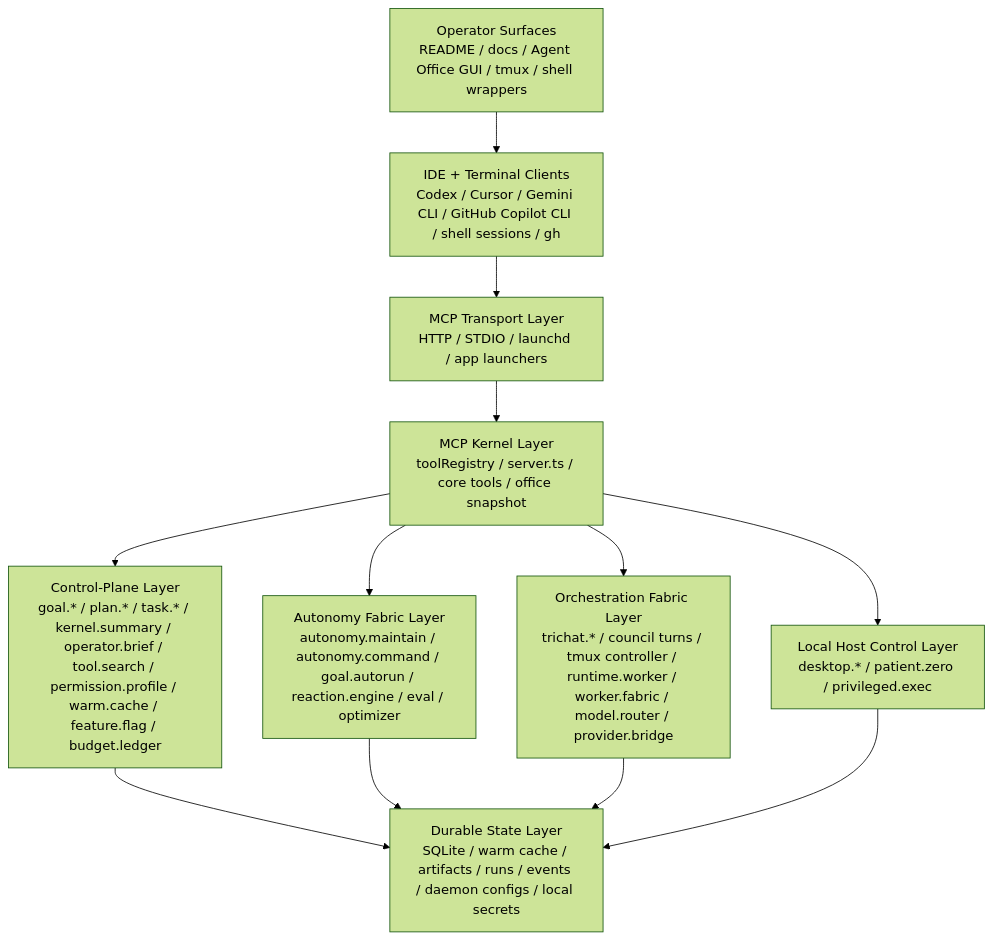
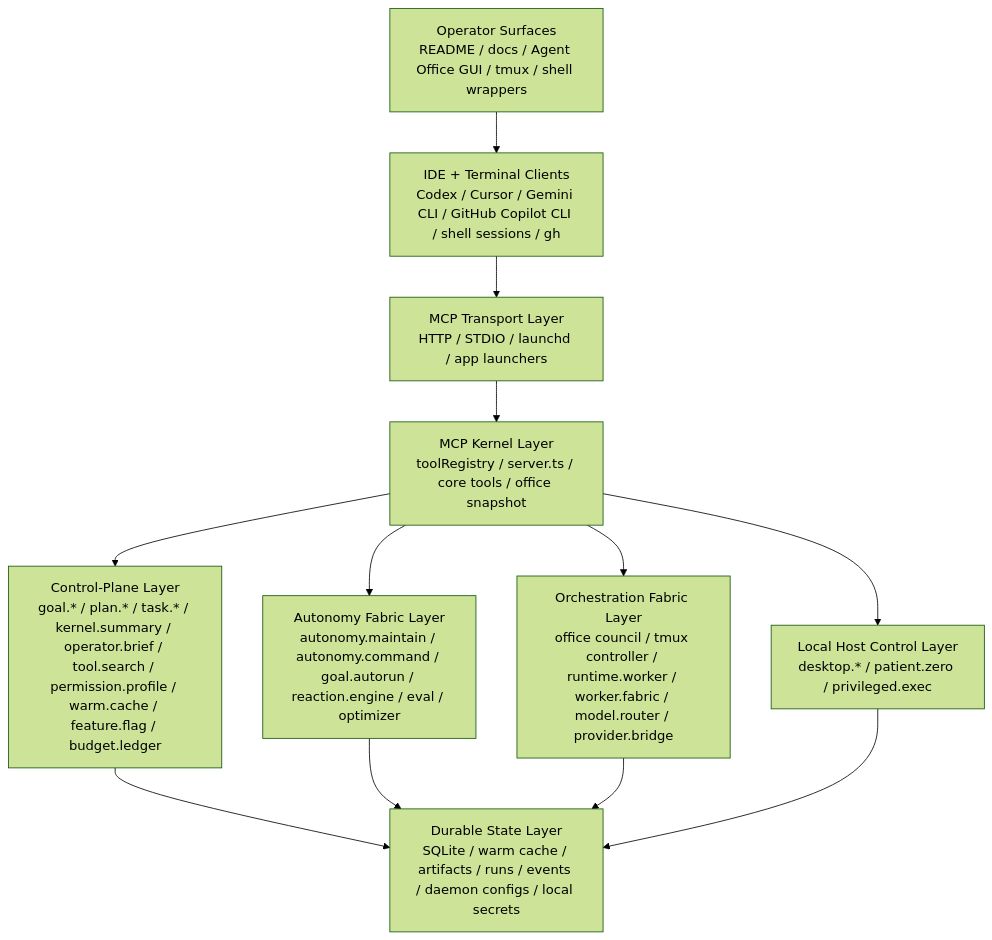
Before and after one commit to driverd12/MASTER-MOLD: the first of 7 diagrams in README.md, drawn with Mermaid (forest theme). The commit also changed other lines of this file, not shown here.

````diff
--- a/README.md
+++ b/README.md
@@ -41,14 +53,14 @@
 ```mermaid
 flowchart TD
   Operator["Operator Surfaces<br/>README / docs / Agent Office GUI / tmux / shell wrappers"] --> Clients["IDE + Terminal Clients<br/>Codex / Cursor / Gemini CLI / GitHub Copilot CLI / shell sessions / gh"]
   Clients --> Transport["MCP Transport Layer<br/>HTTP / STDIO / launchd / app launchers"]
   Transport --> Kernel["MCP Kernel Layer<br/>toolRegistry / server.ts / core tools / office snapshot"]
   Kernel --> Control["Control-Plane Layer<br/>goal.* / plan.* / task.* / kernel.summary / operator.brief / tool.search / permission.profile / warm.cache / feature.flag / budget.ledger"]
   Kernel --> Autonomy["Autonomy Fabric Layer<br/>autonomy.maintain / autonomy.command / goal.autorun / reaction.engine / eval / optimizer"]
-  Kernel --> Orchestration["Orchestration Fabric Layer<br/>trichat.* / council turns / tmux controller / runtime.worker / worker.fabric / model.router / provider.bridge"]
+  Kernel --> Orchestration["Orchestration Fabric Layer<br/>office council / tmux controller / runtime.worker / worker.fabric / model.router / provider.bridge"]
   Kernel --> Local["Local Host Control Layer<br/>desktop.* / patient.zero / privileged.exec"]
   Control --> State["Durable State Layer<br/>SQLite / warm cache / artifacts / runs / events / daemon configs / local secrets"]
   Autonomy --> State
   Orchestration --> State
   Local --> State
 ```
````
